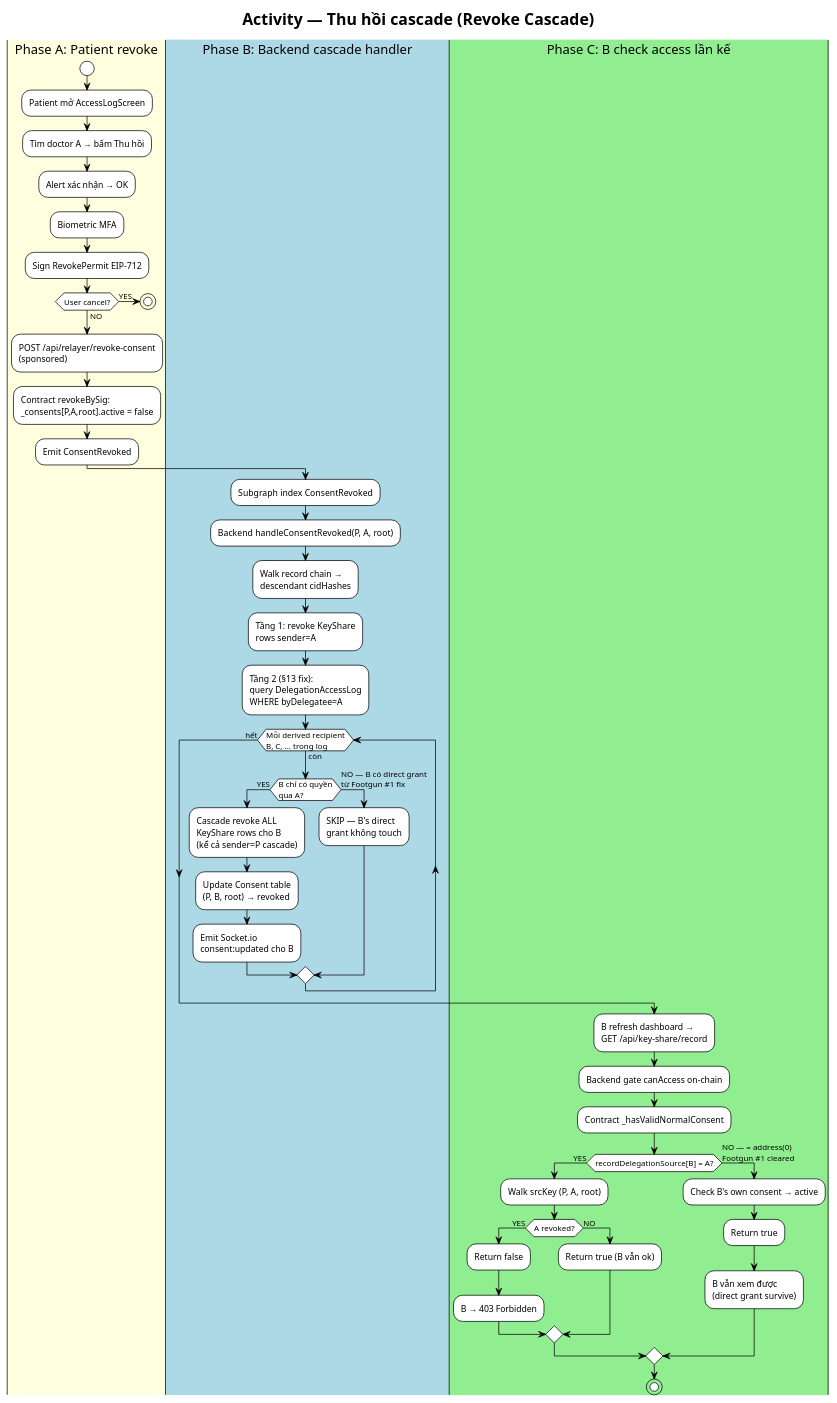
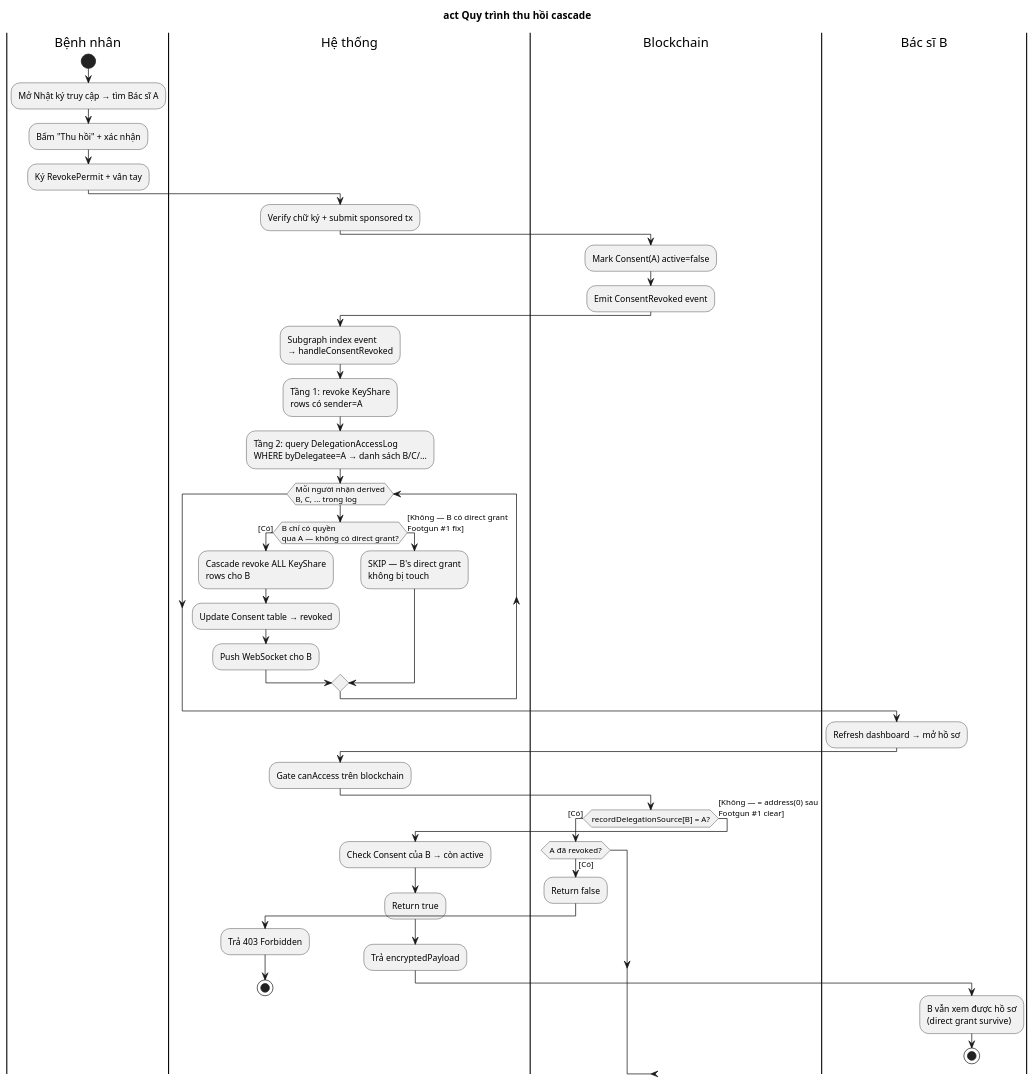
Before and after one commit to orms147/ehr-blockchain-system: the diagram in Bao Cao/figures/17-activity-revoke-cascade.puml, drawn with PlantUML. The commit also changed 9 other files, not shown here.

```diff
--- a/Bao Cao/figures/17-activity-revoke-cascade.puml
+++ b/Bao Cao/figures/17-activity-revoke-cascade.puml
@@ -1,60 +1,56 @@
-@startuml activity-revoke-cascade
-!theme plain
-title Activity — Thu hồi cascade (Revoke Cascade)
+@startuml act-thu-hoi-cascade
+title act Quy trình thu hồi cascade
 
-|#LightYellow|Phase A: Patient revoke|
+|Bệnh nhân|
 start
-:Patient mở AccessLogScreen;
-:Tìm doctor A → bấm Thu hồi;
-:Alert xác nhận → OK;
-:Biometric MFA;
-:Sign RevokePermit EIP-712;
+:Mở Nhật ký truy cập → tìm Bác sĩ A;
+:Bấm "Thu hồi" + xác nhận;
+:Ký RevokePermit + vân tay;
 
-if (User cancel?) then (YES)
+|Hệ thống|
+:Verify chữ ký + submit sponsored tx;
+
+|Blockchain|
+:Mark Consent(A) active=false;
+:Emit ConsentRevoked event;
+
+|Hệ thống|
+:Subgraph index event\n→ handleConsentRevoked;
+:Tầng 1: revoke KeyShare\nrows có sender=A;
+:Tầng 2: query DelegationAccessLog\nWHERE byDelegatee=A → danh sách B/C/...;
+
+while (Mỗi người nhận derived\nB, C, ... trong log)
+  if (B chỉ có quyền\nqua A — không có direct grant?) then ([Có])
+    :Cascade revoke ALL KeyShare\nrows cho B;
+    :Update Consent table → revoked;
+    :Push WebSocket cho B;
+  else ([Không — B có direct grant\nFootgun #1 fix])
+    :SKIP — B's direct grant\nkhông bị touch;
+  endif
+endwhile
+
+|Bác sĩ B|
+:Refresh dashboard → mở hồ sơ;
+
+|Hệ thống|
+:Gate canAccess trên blockchain;
+
+|Blockchain|
+if (recordDelegationSource[B] = A?) then ([Có])
+  if (A đã revoked?) then ([Có])
+    :Return false;
+    |Hệ thống|
+    :Trả 403 Forbidden;
+    stop
+  endif
+else ([Không — = address(0) sau\nFootgun #1 clear])
+  :Check Consent của B → còn active;
+  :Return true;
+  |Hệ thống|
+  :Trả encryptedPayload;
+  |Bác sĩ B|
+  :B vẫn xem được hồ sơ\n(direct grant survive);
   stop
-else (NO)
 endif
 
-:POST /api/relayer/revoke-consent\n(sponsored);
-:Contract revokeBySig:\n_consents[P,A,root].active = false;
-:Emit ConsentRevoked;
-
-|#LightBlue|Phase B: Backend cascade handler|
-:Subgraph index ConsentRevoked;
-:Backend handleConsentRevoked(P, A, root);
-:Walk record chain →\ndescendant cidHashes;
-:Tầng 1: revoke KeyShare\nrows sender=A;
-:Tầng 2 (§13 fix):\nquery DelegationAccessLog\nWHERE byDelegatee=A;
-
-while (Mỗi derived recipient\nB, C, ... trong log) is (còn)
-  if (B chỉ có quyền\nqua A?) then (YES)
-    :Cascade revoke ALL\nKeyShare rows cho B\n(kể cả sender=P cascade);
-    :Update Consent table\n(P, B, root) → revoked;
-    :Emit Socket.io\nconsent:updated cho B;
-  else (NO — B có direct grant\ntừ Footgun #1 fix)
-    :SKIP — B's direct\ngrant không touch;
-  endif
-endwhile (hết)
-
-|#LightGreen|Phase C: B check access lần kế|
-:B refresh dashboard →\nGET /api/key-share/record;
-:Backend gate canAccess on-chain;
-:Contract _hasValidNormalConsent;
-
-if (recordDelegationSource[B] = A?) then (YES)
-  :Walk srcKey (P, A, root);
-  if (A revoked?) then (YES)
-    :Return false;
-    :B → 403 Forbidden;
-  else (NO)
-    :Return true (B vẫn ok);
-  endif
-else (NO — = address(0)\nFootgun #1 cleared)
-  :Check B's own consent → active;
-  :Return true;
-  :B vẫn xem được\n(direct grant survive);
-endif
-
-stop
-
 @enduml
```
